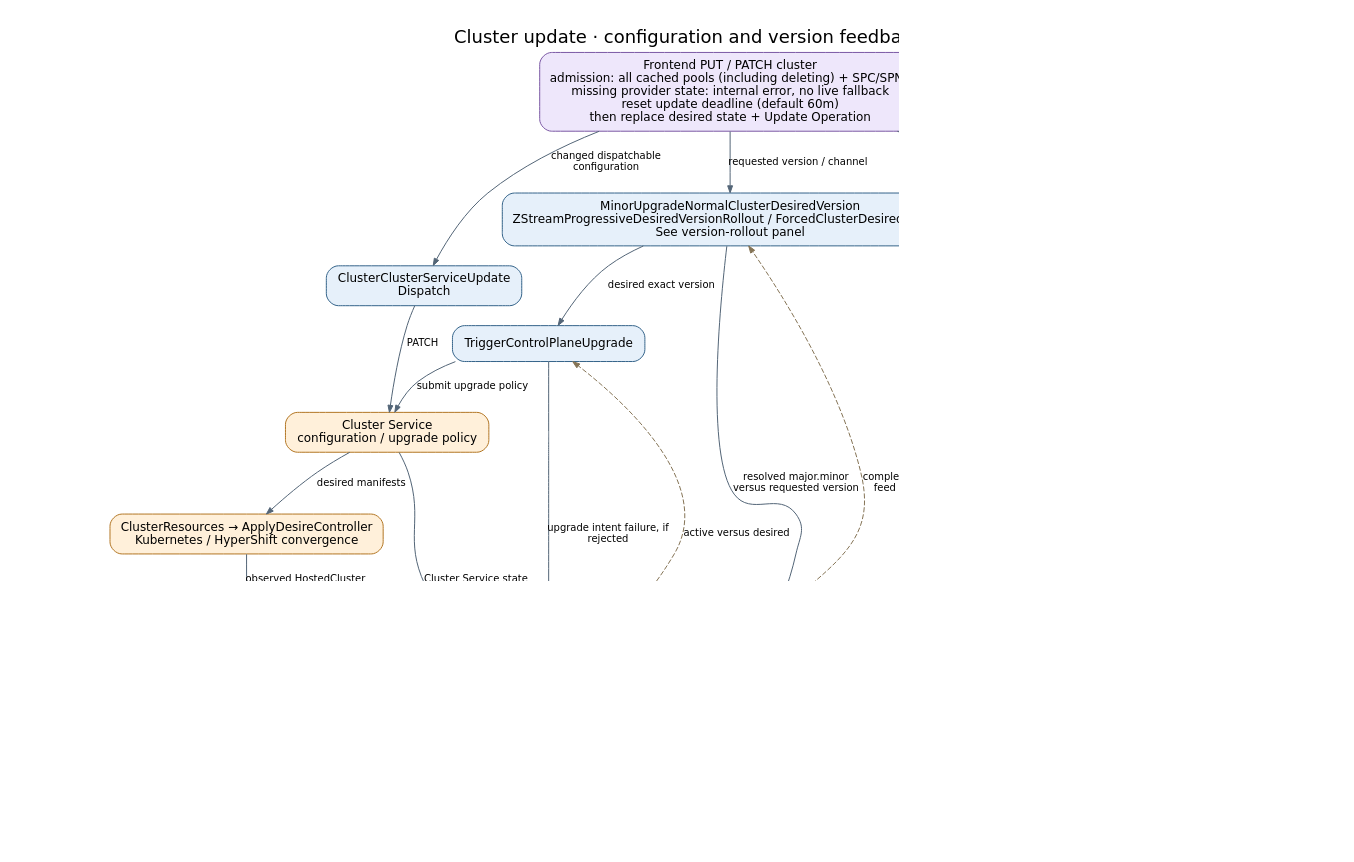
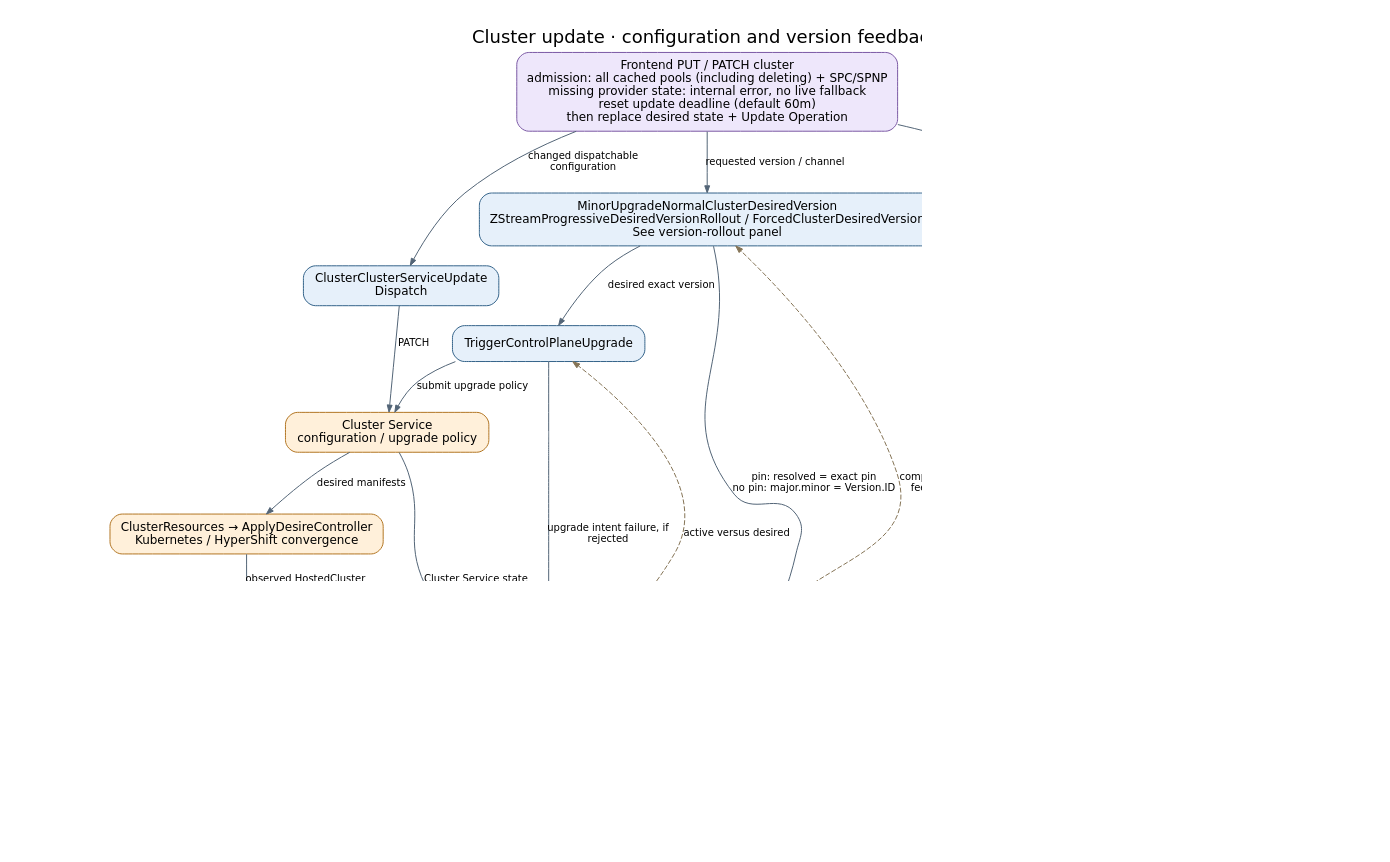
One commit to Azure/ARO-HCP changed the diagram in docs/diagrams/controller-flows/cluster-update.dot. Above: the diagram before and after it, drawn with Graphviz. The commit also changed 2 other files, not shown here.

Commit message:
docs(cosmos-data-flow): document the exact-version pin reads
The OperationClusterUpdate entry now records its experimental exact-version override read and pin-equality completion check. The cluster-update flow diagram distinguishes exact matching for forced pins from major/minor matching for unpinned versions; regenerate its PNG to keep the reference consistent with the controller.

```diff
--- a/docs/diagrams/controller-flows/cluster-update.dot
+++ b/docs/diagrams/controller-flows/cluster-update.dot
@@ -1,36 +1,36 @@
 digraph cluster_update {
   graph [rankdir=TB, bgcolor="white", pad="0.3", nodesep="0.4", ranksep="0.55", fontname="DejaVu Sans", fontsize=18, labelloc=t, label="Cluster update · configuration and version feedback", dpi=110];
   node [shape=box, style="rounded,filled", fillcolor="#e6f0fa", color="#35648a", fontname="DejaVu Sans", fontsize=12, margin="0.16,0.10"];
   edge [color="#536577", fontname="DejaVu Sans", fontsize=10, arrowsize=0.7];
   put [label="Frontend PUT / PATCH cluster\nadmission: all cached pools (including deleting) + SPC/SPNP\nmissing provider state: internal error, no live fallback\nreset update deadline (default 60m)\nthen replace desired state + Update Operation", fillcolor="#eee7fb", color="#7b59a4"];
   dispatch [label="ClusterClusterServiceUpdate\nDispatch", fillcolor="#e6f0fa", color="#35648a"];
   desired [label="MinorUpgradeNormalClusterDesiredVersion\nZStreamProgressiveDesiredVersionRollout / ForcedClusterDesiredVersion\nSee version-rollout panel", fillcolor="#e6f0fa", color="#35648a"];
   upgrade [label="TriggerControlPlaneUpgrade", fillcolor="#e6f0fa", color="#35648a"];
   cs [label="Cluster Service\nconfiguration / upgrade policy", fillcolor="#fff0da", color="#b27624"];
   kube [label="ClusterResources → ApplyDesireController\nKubernetes / HyperShift convergence", fillcolor="#fff0da", color="#b27624"];
   mirror [label="ReadDesireKubernetesController", fillcolor="#e6f0fa", color="#35648a"];
   active [label="ControlPlaneActiveVersions", fillcolor="#e6f0fa", color="#35648a"];
   validation [label="Cluster validation controllers\nServiceProviderCluster.Status.Validations", fillcolor="#e6f0fa", color="#35648a"];
   op [label="OperationClusterUpdate", fillcolor="#e6f0fa", color="#35648a"];
   done [label="ARM terminal operation state\nSucceeded or Failed", fillcolor="#e4f2e5", color="#4c8053"];
   put -> dispatch [label="changed dispatchable\nconfiguration"];
   put -> desired [label="requested version / channel"];
   desired -> upgrade [label="desired exact version"];
-  desired -> op [label="resolved major.minor\nversus requested version"];
+  desired -> op [label="pin: resolved = exact pin\nno pin: major.minor = Version.ID"];
   dispatch -> cs [label="PATCH"];
   upgrade -> cs [label="submit upgrade policy"];
   cs -> kube [label="desired manifests"];
   kube -> mirror [label="observed HostedCluster"];
   mirror -> active [label="version history"];
   put -> op [label="UpdateOperationCompletionDeadline"];
   cs -> op [label="Cluster Service state"];
   mirror -> op [label="observed readiness / version"];
   upgrade -> op [label="upgrade intent failure, if\nrejected"];
   validation -> op [label="False: Provisioning + InvalidResource;\nfailure and operation each >= 5m: Failed;\nall True: ready"];
   op -> done [label="completion / failure checks;\npending past deadline: selected code + reasons;\nonly InternalServerError becomes DeadlineExceeded"];
   observed [label="Customer resource Status.ActiveVersions\nmajor.minor versions", fillcolor="#e4f2e5", color="#4c8053"];
   active -> observed [label="separate Cosmos replace"];
   active -> upgrade [label="active versus desired", style=dashed, color="#857456", constraint=false];
   active -> desired [label="completed history + ages\nfeed rollout decisions", style=dashed, color="#857456", constraint=false];
   op -> op [label="still progressing: poll again", style=dashed, color="#857456", constraint=false];
 }
```
